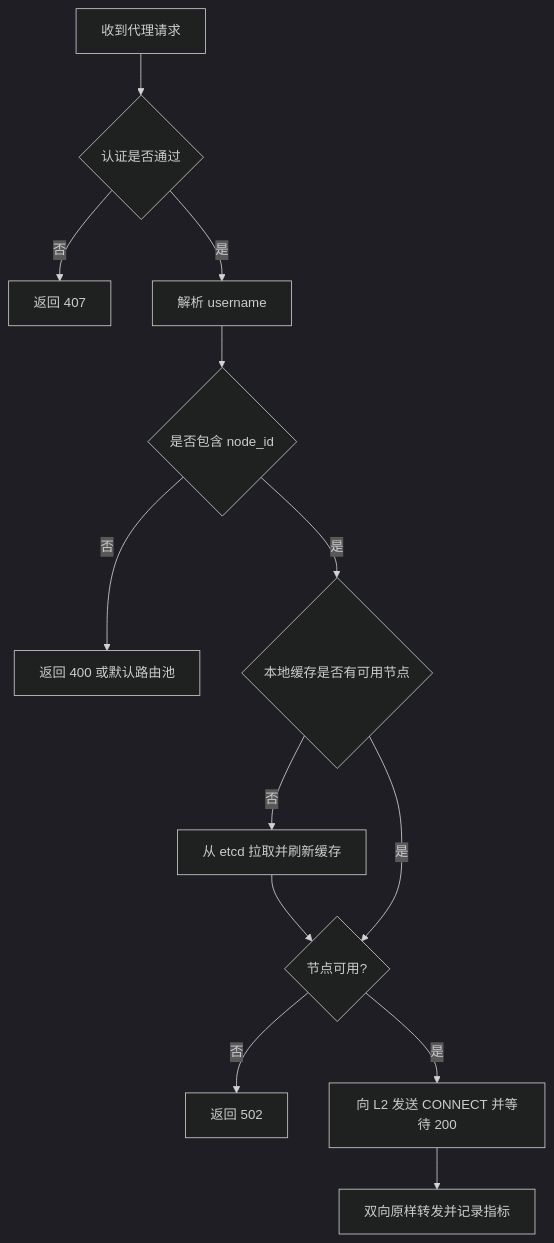
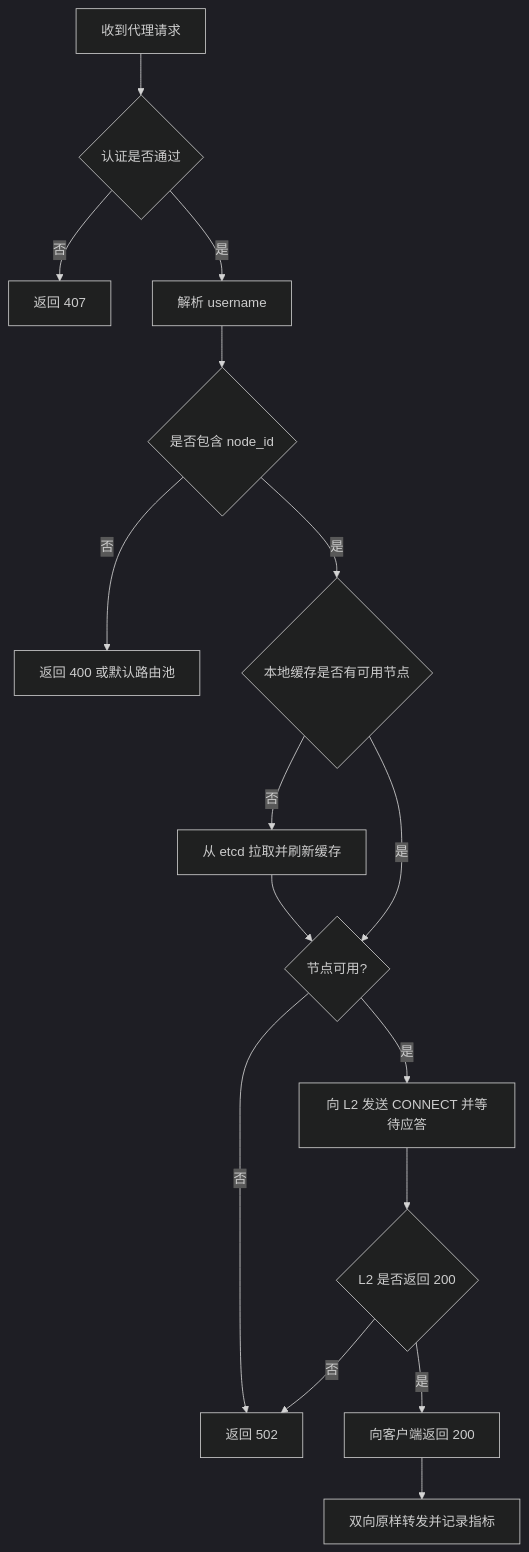
Before and after one commit to f-ishelly/relay-proxy: the third of 3 diagrams in docs/openspec-proxy-design.md, drawn with Mermaid (dark theme). The commit also changed other lines of this file, not shown here.

First line of the commit message:
docs: return 502 to the client on L2 CONNECT failures

````diff
--- a/docs/openspec-proxy-design.md
+++ b/docs/openspec-proxy-design.md
@@ -190,15 +190,18 @@
 ```mermaid
 flowchart TD
     A[收到代理请求] --> B{认证是否通过}
     B -- 否 --> X[返回 407]
     B -- 是 --> C[解析 username]
     C --> D{是否包含 node_id}
     D -- 否 --> Y[返回 400 或默认路由池]
     D -- 是 --> E{本地缓存是否有可用节点}
     E -- 否 --> F[从 etcd 拉取并刷新缓存]
     F --> G{节点可用?}
     E -- 是 --> G
     G -- 否 --> Z[返回 502]
-    G -- 是 --> H[向 L2 发送 CONNECT 并等待 200]
-    H --> I[双向原样转发并记录指标]
+    G -- 是 --> H[向 L2 发送 CONNECT 并等待应答]
+    H --> J{L2 是否返回 200}
+    J -- 否 --> Z
+    J -- 是 --> K[向客户端返回 200]
+    K --> I[双向原样转发并记录指标]
 ```
````
